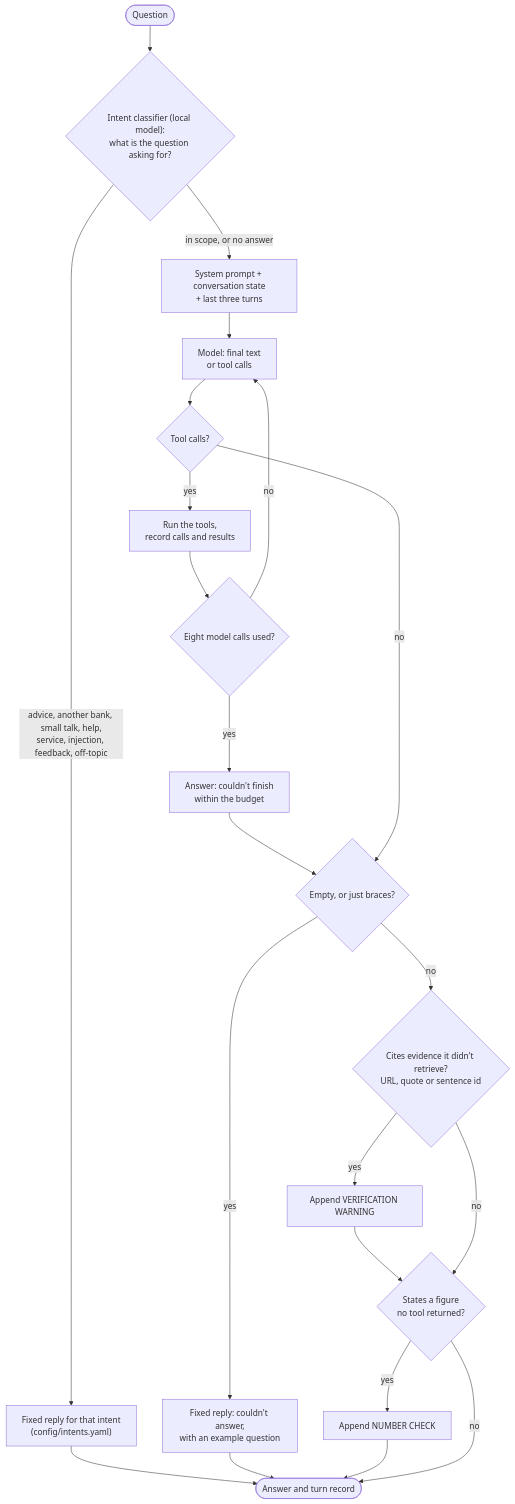
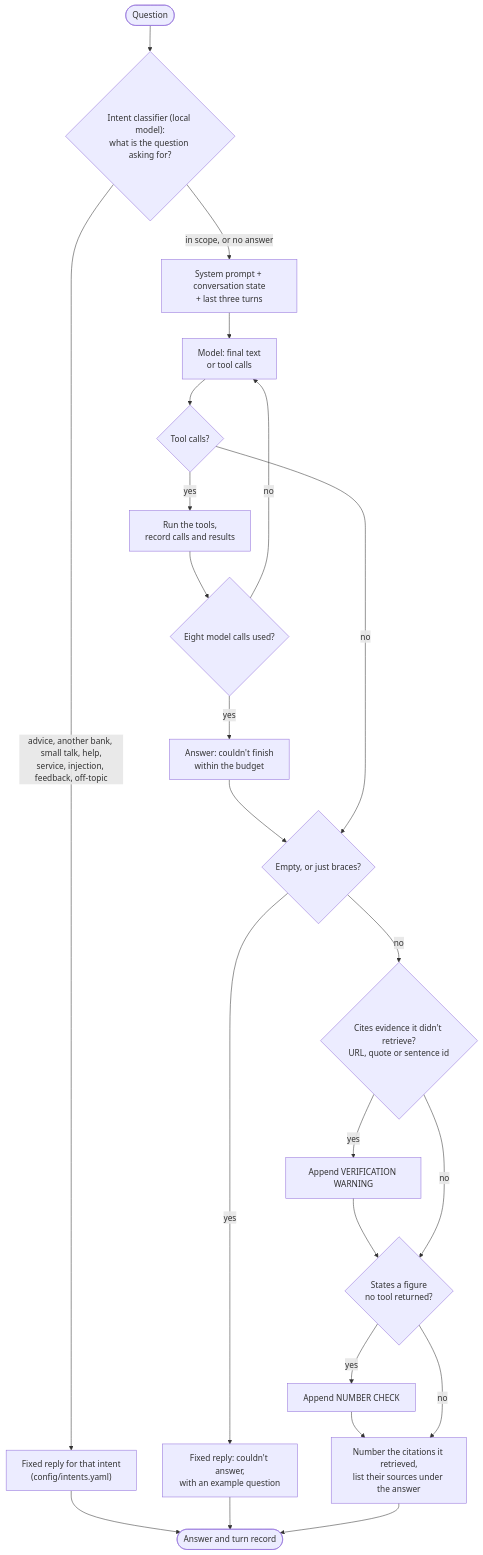
The diagram in docs/diagrams/src/07-chatbot-turn.mmd (Gavingyh/plp-project), drawn with Mermaid before and after one commit. The commit also changed 45 other files, not shown here.

```diff
--- a/docs/diagrams/src/07-chatbot-turn.mmd
+++ b/docs/diagrams/src/07-chatbot-turn.mmd
@@ -1,34 +1,35 @@
 flowchart TB
   accTitle: One chatbot turn
-  accDescr: A local model sorts the question first; every intent except in-scope gets a fixed reply without the chatbot model, and a question the classifier can't sort goes on to the model. Otherwise the model calls tools in a loop of at most eight calls; its answer then passes an empty-answer check, a citation check and a figure check before it is shown.
+  accDescr: A local model sorts the question first; every intent except in-scope gets a fixed reply without the chatbot model, and a question the classifier can't sort goes on to the model. Otherwise the model calls tools in a loop of at most eight calls; its answer then passes an empty-answer check, a citation check and a figure check, and the citations it retrieved are numbered with their sources listed, before it is shown.
 
   q(["Question"])
   cls{"Intent classifier (local model):<br/>what is the question asking for?"}
   fixR["Fixed reply for that intent<br/>(config/intents.yaml)"]
   ctx["System prompt + conversation state<br/>+ last three turns"]
   llm["Model: final text<br/>or tool calls"]
   tc{"Tool calls?"}
   tools["Run the tools,<br/>record calls and results"]
   cap{"Eight model calls used?"}
   budget["Answer: couldn't finish<br/>within the budget"]
   emp{"Empty, or just braces?"}
   empR["Fixed reply: couldn't answer,<br/>with an example question"]
   cite{"Cites evidence it didn't retrieve?<br/>URL, quote or sentence id"}
   w1["Append VERIFICATION WARNING"]
   num{"States a figure<br/>no tool returned?"}
   w2["Append NUMBER CHECK"]
+  refs["Number the citations it retrieved,<br/>list their sources under the answer"]
   out(["Answer and turn record"])
 
   q --> cls
   cls -- "advice, another bank, small talk, help,<br/>service, injection, feedback, off-topic" --> fixR --> out
   cls -- "in scope, or no answer" --> ctx --> llm --> tc
   tc -- yes --> tools --> cap
   cap -- no --> llm
   cap -- yes --> budget --> emp
   tc -- no --> emp
   emp -- yes --> empR --> out
   emp -- no --> cite
   cite -- yes --> w1 --> num
   cite -- no --> num
-  num -- yes --> w2 --> out
-  num -- no --> out
+  num -- yes --> w2 --> refs
+  num -- no --> refs --> out
```
